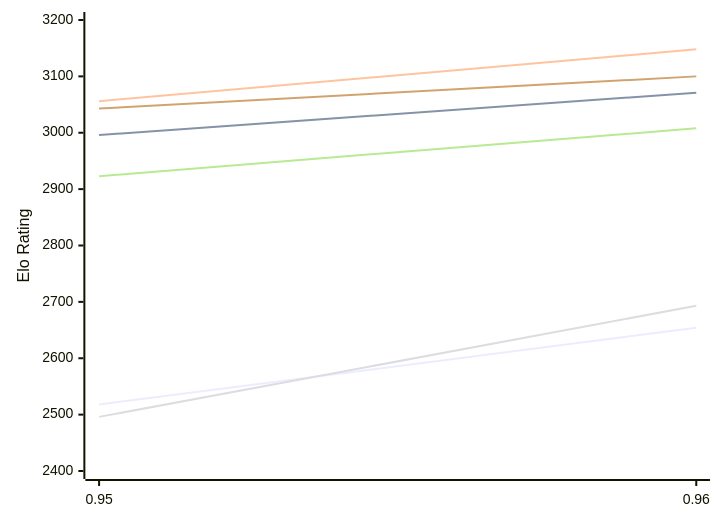
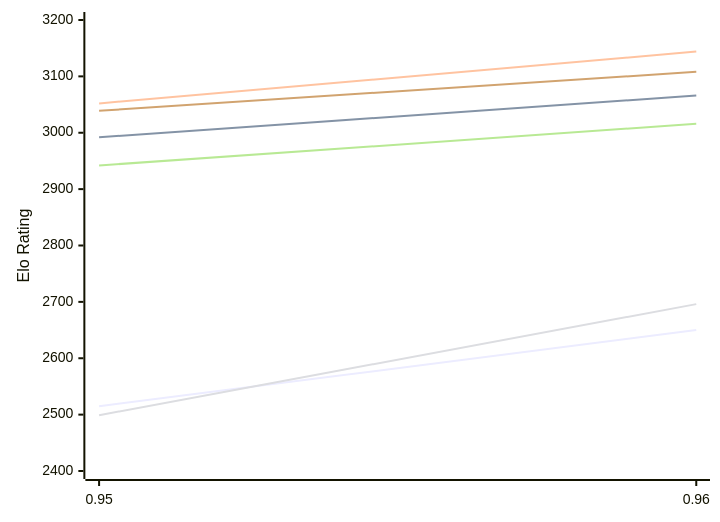
The first of 2 diagrams in engines/Myrddin.md (computer-chess-index/cci), drawn with Mermaid before and after one commit. The commit also changed other lines of this file, not shown here.

Commit message:
Update CCI Ratings (ELO VLTC) - 2026-11-21

````diff
--- a/engines/Myrddin.md
+++ b/engines/Myrddin.md
@@ -51,12 +51,12 @@
 ```mermaid
 %%{init: {"theme":"base","themeVariables":{"seriesColors:['#a3a3a3','#222221','#faa371']}}}%%
 xychart-beta
   x-axis ["0.95", "0.96"]
   y-axis "Elo Rating" 2400 --> 3200
-  line "E1: STC (8.0+0.08s)" [2518, 2654]
-  line "E1: LTC (60.0+0.60s)" [2996, 3071]
-  line "E1: VLTC (2m24s+1.12s)" [3056, 3148]
-  line "P1: STC (8.0+0.08s)" [2496, 2693]
-  line "P1: LTC (60.0+0.60s)" [2923, 3008]
-  line "P1: VLTC (2m24s+1.12s)" [3043, 3100]
+  line "E1: STC (8.0+0.08s)" [2515, 2650]
+  line "E1: LTC (60.0+0.60s)" [2992, 3066]
+  line "E1: VLTC (2m24s+1.12s)" [3052, 3144]
+  line "P1: STC (8.0+0.08s)" [2499, 2696]
+  line "P1: LTC (60.0+0.60s)" [2942, 3016]
+  line "P1: VLTC (2m24s+1.12s)" [3039, 3108]
 ```
````
